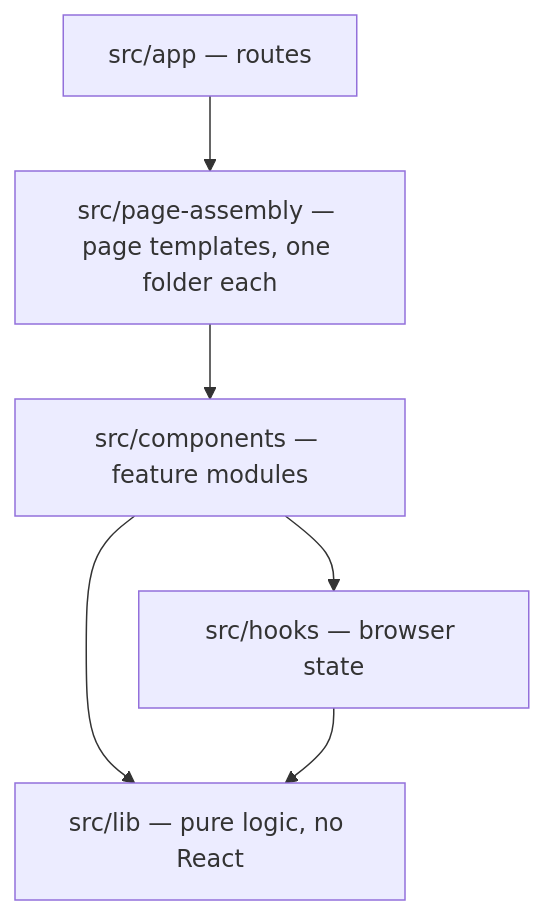
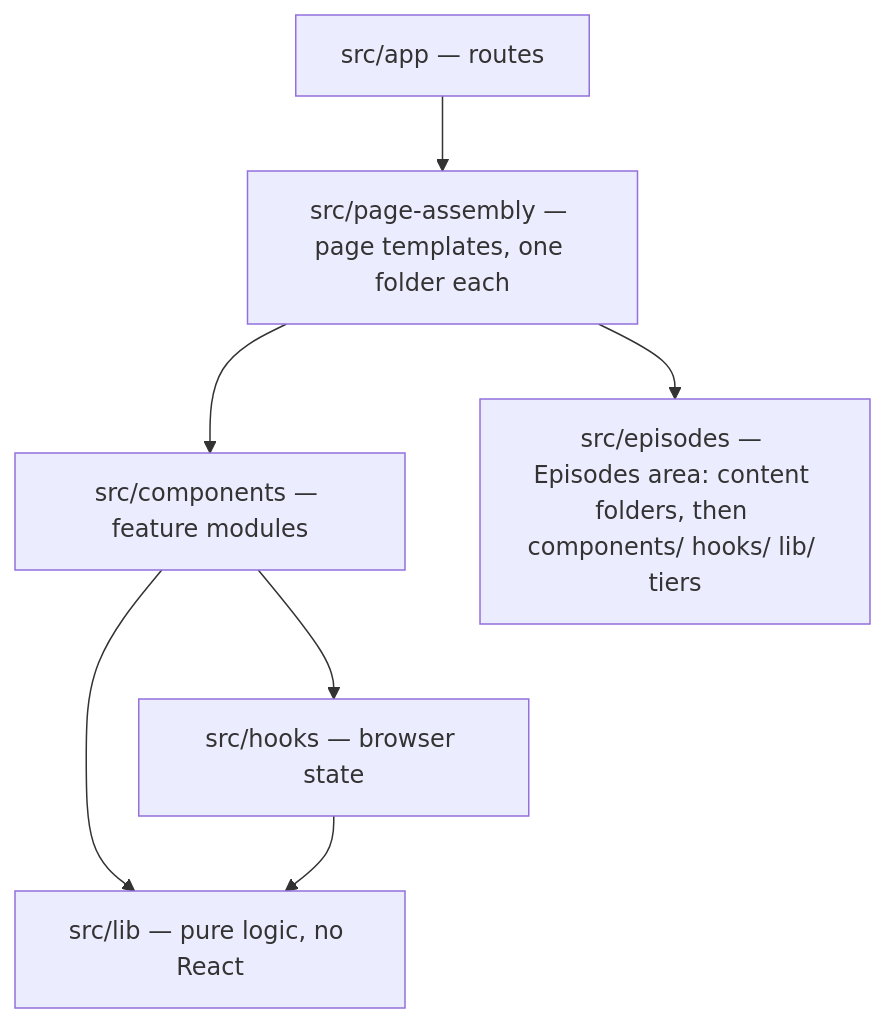
Before and after one commit to hancrafted/content-library: the first of 5 diagrams in .archgate/adrs/FE-004-slide-architecture.md, drawn with Mermaid. The commit also changed other lines of this file and 1479 other files, not shown here.

````diff
--- a/.archgate/adrs/FE-004-slide-architecture.md
+++ b/.archgate/adrs/FE-004-slide-architecture.md
@@ -22,8 +22,9 @@
 ```mermaid
 flowchart TD
   app["src/app — routes"] --> pages["src/page-assembly — page templates, one folder each"]
   pages --> comp["src/components — feature modules"]
+  pages --> area["src/episodes — Episodes area: content folders, then components/ hooks/ lib/ tiers"]
   comp --> hooks["src/hooks — browser state"]
   comp --> lib["src/lib — pure logic, no React"]
   hooks --> lib
 ```
````
